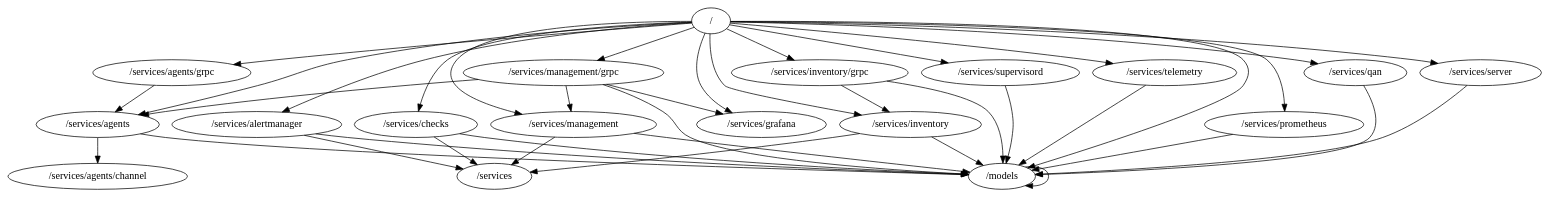
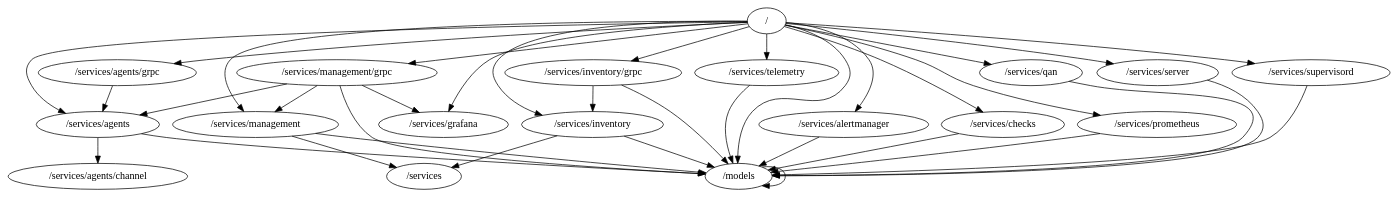
One commit to percona/pmm-managed changed the diagram in packages.dot. Above: the diagram before and after it, drawn with Graphviz. The commit also changed 7 other files, not shown here.

```diff
--- a/packages.dot
+++ b/packages.dot
@@ -1,40 +1,38 @@
 digraph packages {
 	"/" -> "/models";
 	"/" -> "/services/agents";
 	"/" -> "/services/agents/grpc";
 	"/" -> "/services/alertmanager";
 	"/" -> "/services/checks";
 	"/" -> "/services/grafana";
 	"/" -> "/services/inventory";
 	"/" -> "/services/inventory/grpc";
 	"/" -> "/services/management";
 	"/" -> "/services/management/grpc";
 	"/" -> "/services/prometheus";
 	"/" -> "/services/qan";
 	"/" -> "/services/server";
 	"/" -> "/services/supervisord";
 	"/" -> "/services/telemetry";
 	"/models" -> "/models";
 	"/services/agents" -> "/models";
 	"/services/agents" -> "/services/agents/channel";
 	"/services/agents/grpc" -> "/services/agents";
 	"/services/alertmanager" -> "/models";
-	"/services/alertmanager" -> "/services";
 	"/services/checks" -> "/models";
-	"/services/checks" -> "/services";
 	"/services/inventory" -> "/models";
 	"/services/inventory" -> "/services";
 	"/services/inventory/grpc" -> "/models";
 	"/services/inventory/grpc" -> "/services/inventory";
 	"/services/management" -> "/models";
 	"/services/management" -> "/services";
 	"/services/management/grpc" -> "/models";
 	"/services/management/grpc" -> "/services/agents";
 	"/services/management/grpc" -> "/services/grafana";
 	"/services/management/grpc" -> "/services/management";
 	"/services/prometheus" -> "/models";
 	"/services/qan" -> "/models";
 	"/services/server" -> "/models";
 	"/services/supervisord" -> "/models";
 	"/services/telemetry" -> "/models";
 }
```
